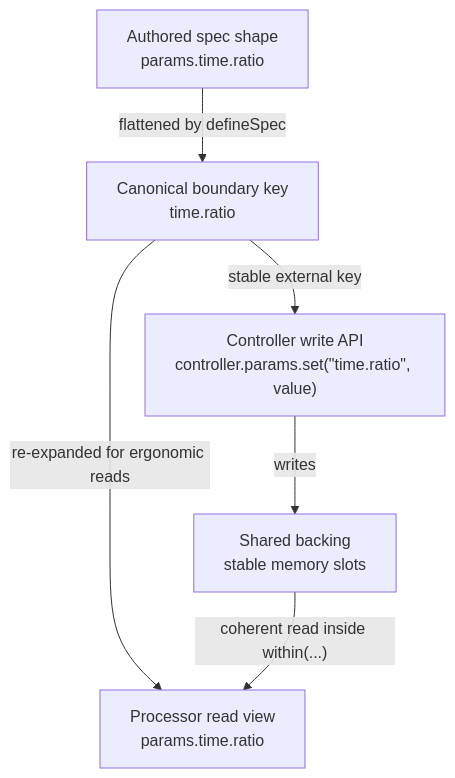
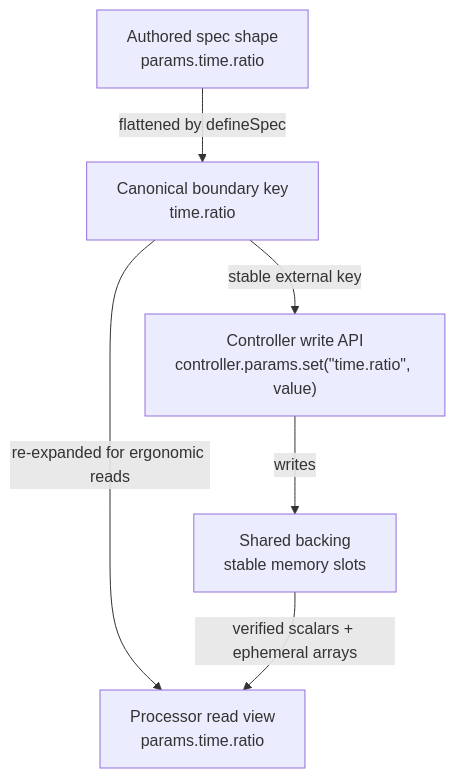
Before and after one commit to maikeleckelboom/exclave-seqlok: the diagram in apps/docs/src/authoring-contract.md, drawn with Mermaid. The commit also changed other lines of this file and 33 other files, not shown here.

````diff
--- a/apps/docs/src/authoring-contract.md
+++ b/apps/docs/src/authoring-contract.md
@@ -29,14 +29,14 @@
 ```mermaid
 flowchart TB
   authored["Authored spec shape<br/>params.time.ratio"]
   canonical["Canonical boundary key<br/>time.ratio"]
   controller["Controller write API<br/>controller.params.set(&quot;time.ratio&quot;, value)"]
   processor["Processor read view<br/>params.time.ratio"]
   backing["Shared backing<br/>stable memory slots"]
 
   authored -->|flattened by defineSpec| canonical
   canonical -->|stable external key| controller
   canonical -->|re-expanded for ergonomic reads| processor
   controller -->|writes| backing
-  backing -->|"coherent read inside within(...)"| processor
+  backing -->|"verified scalars + ephemeral arrays"| processor
 ```
````
